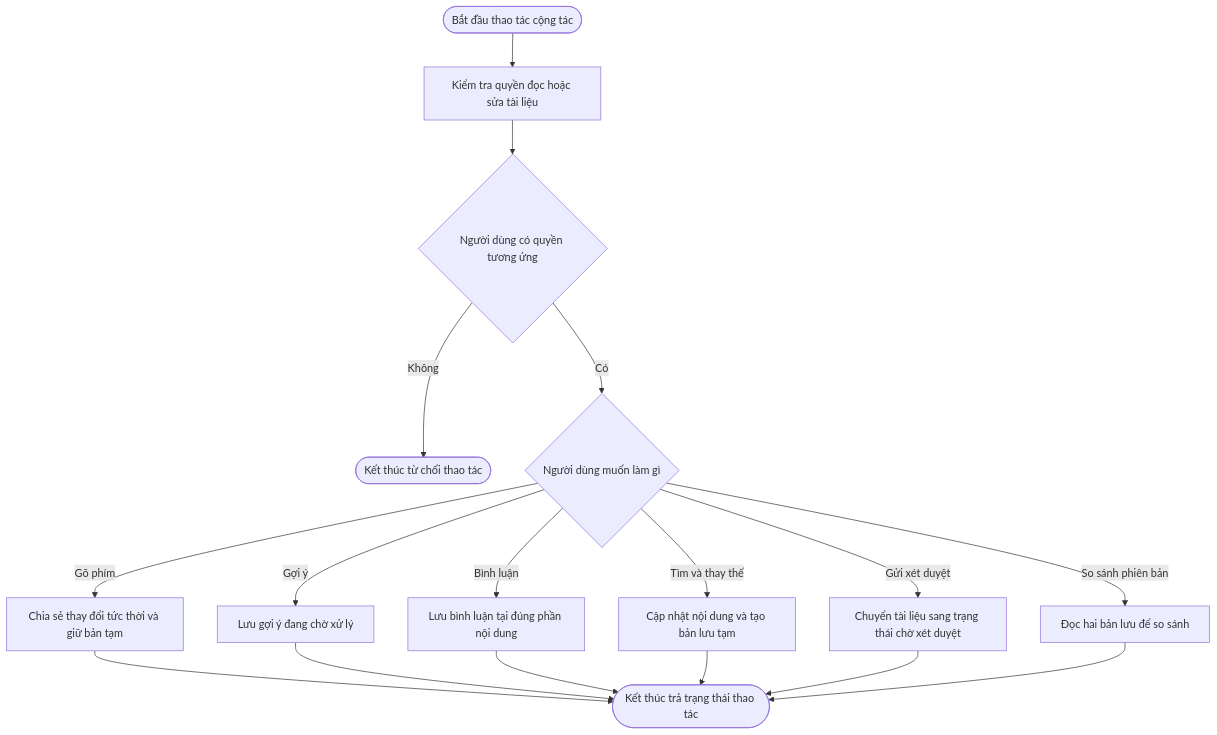
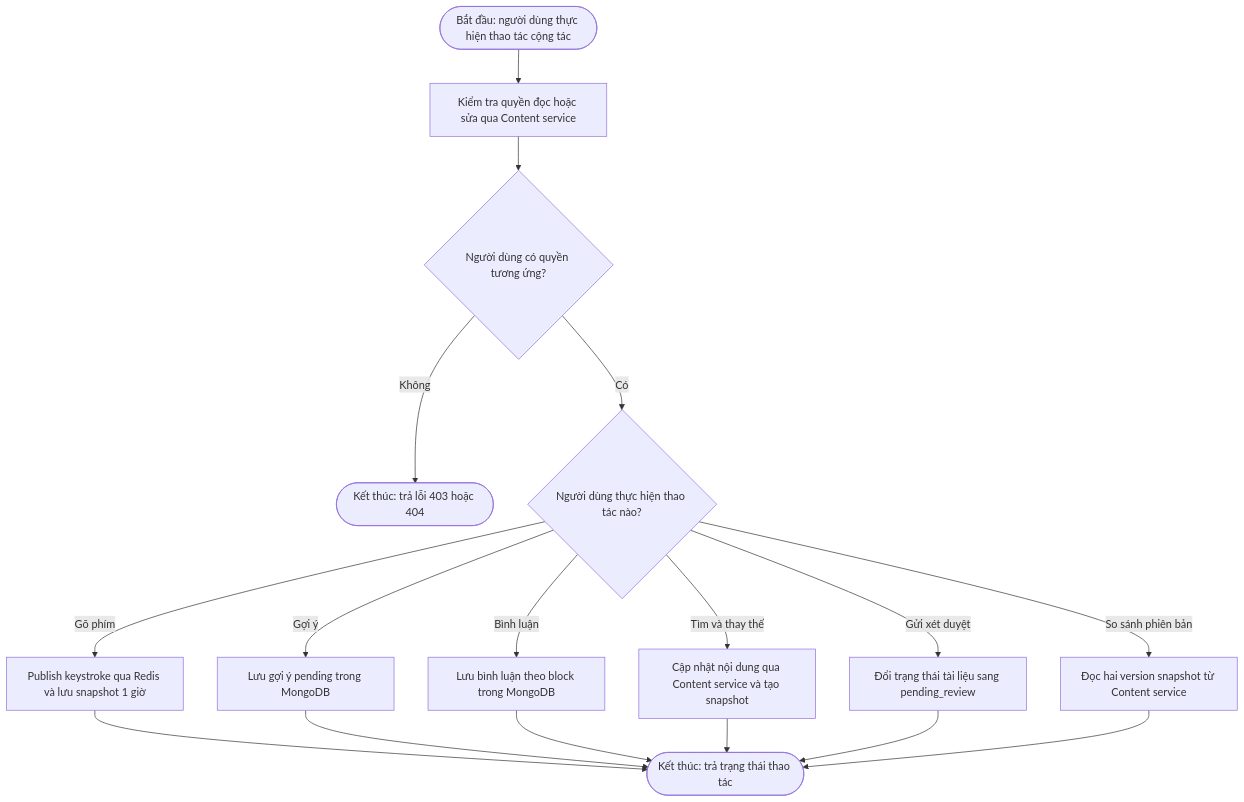
The tenth of 10 diagrams in compilation_workflow_and_architecture_guide.md (MinTruqday/dl), drawn with Mermaid before and after one commit. The commit also changed other lines of this file and 78 other files, not shown here.

````diff
--- a/compilation_workflow_and_architecture_guide.md
+++ b/compilation_workflow_and_architecture_guide.md
@@ -292,19 +235,19 @@
 ```mermaid
 flowchart TD
-    Start([Bắt đầu thao tác cộng tác]) --> CheckAccess[Kiểm tra quyền đọc hoặc sửa tài liệu]
-    CheckAccess --> Allowed{Người dùng có quyền tương ứng}
-    Allowed -->|Không| Deny([Kết thúc từ chối thao tác])
-    Allowed -->|Có| Action{Người dùng muốn làm gì}
-    Action -->|Gõ phím| PublishKeystroke[Chia sẻ thay đổi tức thời và giữ bản tạm]
-    Action -->|Gợi ý| SaveSuggestion[Lưu gợi ý đang chờ xử lý]
-    Action -->|Bình luận| SaveComment[Lưu bình luận tại đúng phần nội dung]
-    Action -->|Tìm và thay thế| UpdateContent[Cập nhật nội dung và tạo bản lưu tạm]
-    Action -->|Gửi xét duyệt| SubmitReview[Chuyển tài liệu sang trạng thái chờ xét duyệt]
-    Action -->|So sánh phiên bản| LoadVersions[Đọc hai bản lưu để so sánh]
-    PublishKeystroke --> End([Kết thúc trả trạng thái thao tác])
+    Start([Bắt đầu: người dùng thực hiện thao tác cộng tác]) --> CheckAccess[Kiểm tra quyền đọc hoặc sửa qua Content service]
+    CheckAccess --> Allowed{Người dùng có quyền tương ứng?}
+    Allowed -->|Không| Deny([Kết thúc: trả lỗi 403 hoặc 404])
+    Allowed -->|Có| Action{Người dùng thực hiện thao tác nào?}
+    Action -->|Gõ phím| PublishKeystroke[Publish keystroke qua Redis và lưu snapshot 1 giờ]
+    Action -->|Gợi ý| SaveSuggestion[Lưu gợi ý pending trong MongoDB]
+    Action -->|Bình luận| SaveComment[Lưu bình luận theo block trong MongoDB]
+    Action -->|Tìm và thay thế| UpdateContent[Cập nhật nội dung qua Content service và tạo snapshot]
+    Action -->|Gửi xét duyệt| SubmitReview[Đổi trạng thái tài liệu sang pending_review]
+    Action -->|So sánh phiên bản| LoadVersions[Đọc hai version snapshot từ Content service]
+    PublishKeystroke --> End([Kết thúc: trả trạng thái thao tác])
     SaveSuggestion --> End
     SaveComment --> End
     UpdateContent --> End
     SubmitReview --> End
     LoadVersions --> End
 ```
````
